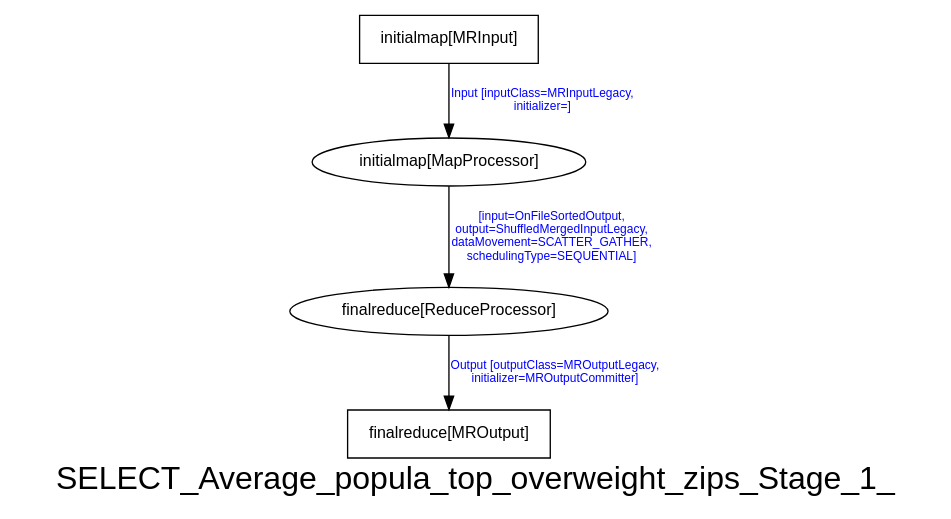
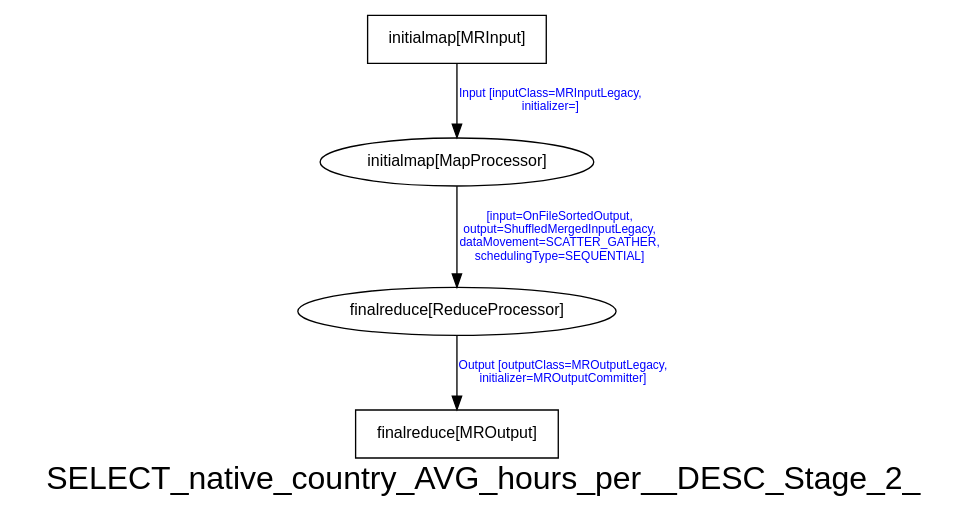
Before and after one commit to jwang93/Tez: the diagram in benchmarks/benchmark 3/logs/dot/mr_job_2.dot, drawn with Graphviz. The commit also changed 20 other files, not shown here.

```diff
--- a/benchmarks/benchmark 3/logs/dot/mr_job_2.dot
+++ b/benchmarks/benchmark 3/logs/dot/mr_job_2.dot
@@ -1,12 +1,12 @@
-digraph SELECT_Average_popula_top_overweight_zips_Stage_1_ {
-graph [ label="SELECT_Average_popula_top_overweight_zips_Stage_1_", fontsize=24, fontname=Helvetica];
+digraph SELECT_native_country_AVG_hours_per__DESC_Stage_2_ {
+graph [ label="SELECT_native_country_AVG_hours_per__DESC_Stage_2_", fontsize=24, fontname=Helvetica];
 node [fontsize=12, fontname=Helvetica];
 edge [fontsize=9, fontcolor=blue, fontname=Arial];
-"SELECT_Average_popula_top_overweight_zips_Stage_1_.finalreduce" [ label = "finalreduce[ReduceProcessor]" ];
-"SELECT_Average_popula_top_overweight_zips_Stage_1_.finalreduce" -> "SELECT_Average_popula_top_overweight_zips_Stage_1_.finalreduce_MROutput" [ label = "Output [outputClass=MROutputLegacy,\n initializer=MROutputCommitter]" ];
-"SELECT_Average_popula_top_overweight_zips_Stage_1_.initialmap" [ label = "initialmap[MapProcessor]" ];
-"SELECT_Average_popula_top_overweight_zips_Stage_1_.initialmap" -> "SELECT_Average_popula_top_overweight_zips_Stage_1_.finalreduce" [ label = "[input=OnFileSortedOutput,\n output=ShuffledMergedInputLegacy,\n dataMovement=SCATTER_GATHER,\n schedulingType=SEQUENTIAL]" ];
-"SELECT_Average_popula_top_overweight_zips_Stage_1_.finalreduce_MROutput" [ label = "finalreduce[MROutput]", shape = "box" ];
-"SELECT_Average_popula_top_overweight_zips_Stage_1_.initialmap_MRInput" [ label = "initialmap[MRInput]", shape = "box" ];
-"SELECT_Average_popula_top_overweight_zips_Stage_1_.initialmap_MRInput" -> "SELECT_Average_popula_top_overweight_zips_Stage_1_.initialmap" [ label = "Input [inputClass=MRInputLegacy,\n initializer=]" ];
+"SELECT_native_country_AVG_hours_per__DESC_Stage_2_.initialmap_MRInput" [ label = "initialmap[MRInput]", shape = "box" ];
+"SELECT_native_country_AVG_hours_per__DESC_Stage_2_.initialmap_MRInput" -> "SELECT_native_country_AVG_hours_per__DESC_Stage_2_.initialmap" [ label = "Input [inputClass=MRInputLegacy,\n initializer=]" ];
+"SELECT_native_country_AVG_hours_per__DESC_Stage_2_.finalreduce" [ label = "finalreduce[ReduceProcessor]" ];
+"SELECT_native_country_AVG_hours_per__DESC_Stage_2_.finalreduce" -> "SELECT_native_country_AVG_hours_per__DESC_Stage_2_.finalreduce_MROutput" [ label = "Output [outputClass=MROutputLegacy,\n initializer=MROutputCommitter]" ];
+"SELECT_native_country_AVG_hours_per__DESC_Stage_2_.initialmap" [ label = "initialmap[MapProcessor]" ];
+"SELECT_native_country_AVG_hours_per__DESC_Stage_2_.initialmap" -> "SELECT_native_country_AVG_hours_per__DESC_Stage_2_.finalreduce" [ label = "[input=OnFileSortedOutput,\n output=ShuffledMergedInputLegacy,\n dataMovement=SCATTER_GATHER,\n schedulingType=SEQUENTIAL]" ];
+"SELECT_native_country_AVG_hours_per__DESC_Stage_2_.finalreduce_MROutput" [ label = "finalreduce[MROutput]", shape = "box" ];
 }
```
